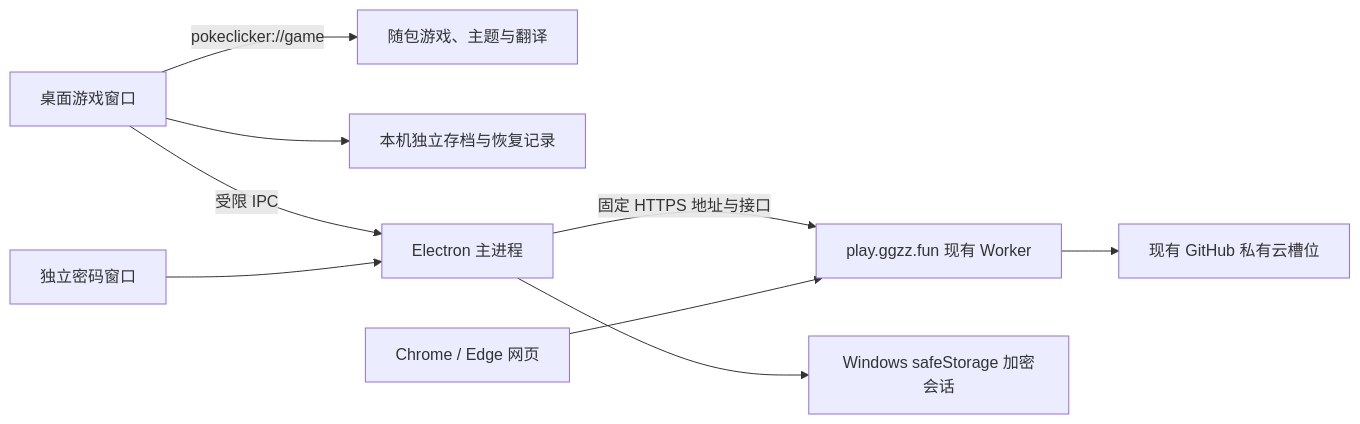
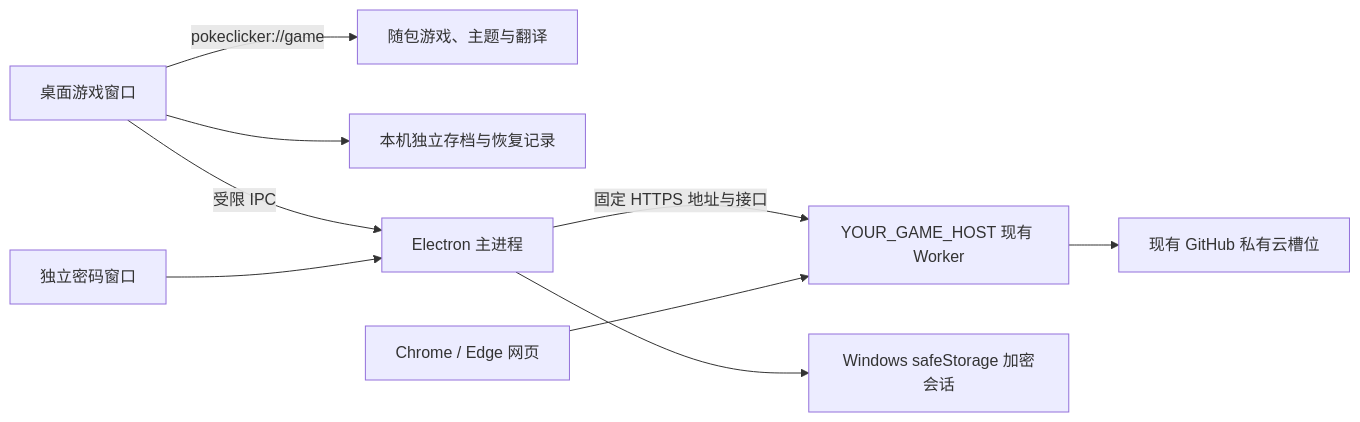
Before and after one commit to sGgz/pokeclicker: the fourth of 4 diagrams in design/cloud-save-design.md, drawn with Mermaid. The commit also changed other lines of this file and 7 other files, not shown here.

````diff
--- a/design/cloud-save-design.md
+++ b/design/cloud-save-design.md
@@ -512,11 +512,11 @@
 ```mermaid
 flowchart LR
     U[桌面游戏窗口] -->|pokeclicker://game| A[随包游戏、主题与翻译]
     U --> L[本机独立存档与恢复记录]
     U -->|受限 IPC| M[Electron 主进程]
     P[独立密码窗口] --> M
-    M -->|固定 HTTPS 地址与接口| W[play.ggzz.fun 现有 Worker]
+    M -->|固定 HTTPS 地址与接口| W[YOUR_GAME_HOST 现有 Worker]
     W --> G[现有 GitHub 私有云槽位]
     M --> E[Windows safeStorage 加密会话]
     B[Chrome / Edge 网页] --> W
 ```
````
